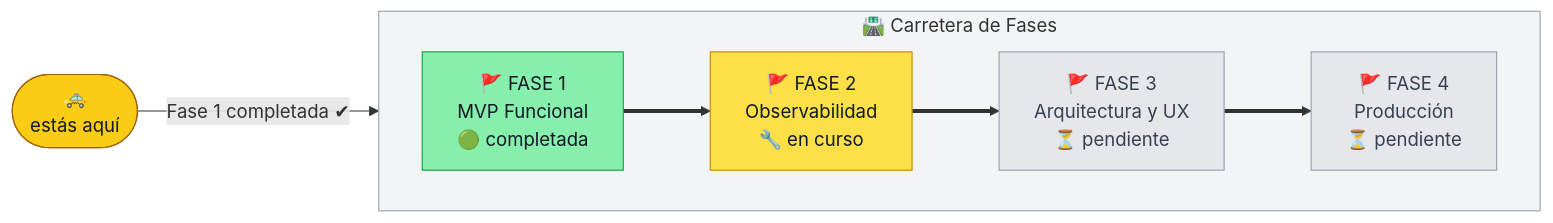
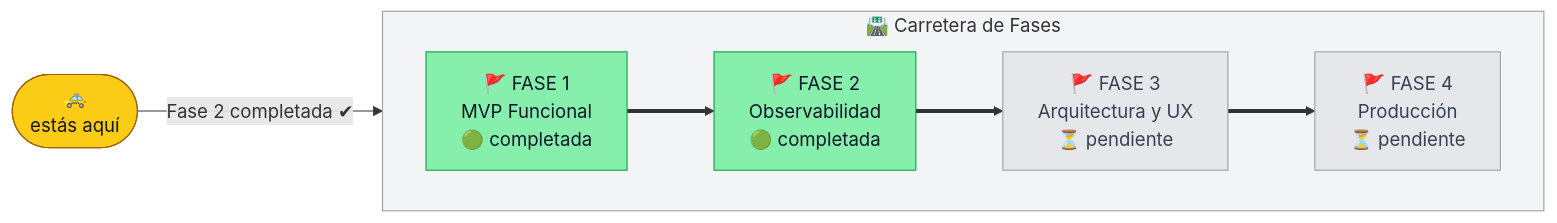
One commit to IA-P1-BCN/proyecto_1_juanCarlos_escamilla changed the diagram in README.md. Above: the diagram before and after it, drawn with Mermaid. The commit also changed other lines of this file and 15 other files, not shown here.

````diff
--- a/README.md
+++ b/README.md
@@ -46,14 +47,14 @@
 ```mermaid
 flowchart LR
-    TAXI(["🚕<br/>estás aquí"]) -- Fase 1 completada ✔ --> F2
+    TAXI(["🚕<br/>estás aquí"]) -- Fase 2 completada ✔ --> F3
     subgraph CARRETERA["🛣️  Carretera de Fases"]
         direction LR
-        F1["🚩 FASE 1<br/>MVP Funcional<br/>🟢 completada"] ==> F2["🚩 FASE 2<br/>Observabilidad<br/>🔧 en curso"] ==> F3["🚩 FASE 3<br/>Arquitectura y UX<br/>⏳ pendiente"] ==> F4["🚩 FASE 4<br/>Producción<br/>⏳ pendiente"]
+        F1["🚩 FASE 1<br/>MVP Funcional<br/>🟢 completada"] ==> F2["🚩 FASE 2<br/>Observabilidad<br/>🟢 completada"] ==> F3["🚩 FASE 3<br/>Arquitectura y UX<br/>⏳ pendiente"] ==> F4["🚩 FASE 4<br/>Producción<br/>⏳ pendiente"]
     end
     style TAXI fill:#facc15,stroke:#a16207,color:#111827
     style CARRETERA fill:#f3f4f6,stroke:#9ca3af
     style F1 fill:#86efac,stroke:#16a34a,color:#111827
-    style F2 fill:#fde047,stroke:#ca8a04,color:#111827
+    style F2 fill:#86efac,stroke:#16a34a,color:#111827
     style F3 fill:#e5e7eb,stroke:#9ca3af,color:#374151
     style F4 fill:#e5e7eb,stroke:#9ca3af,color:#374151
 ```
````
